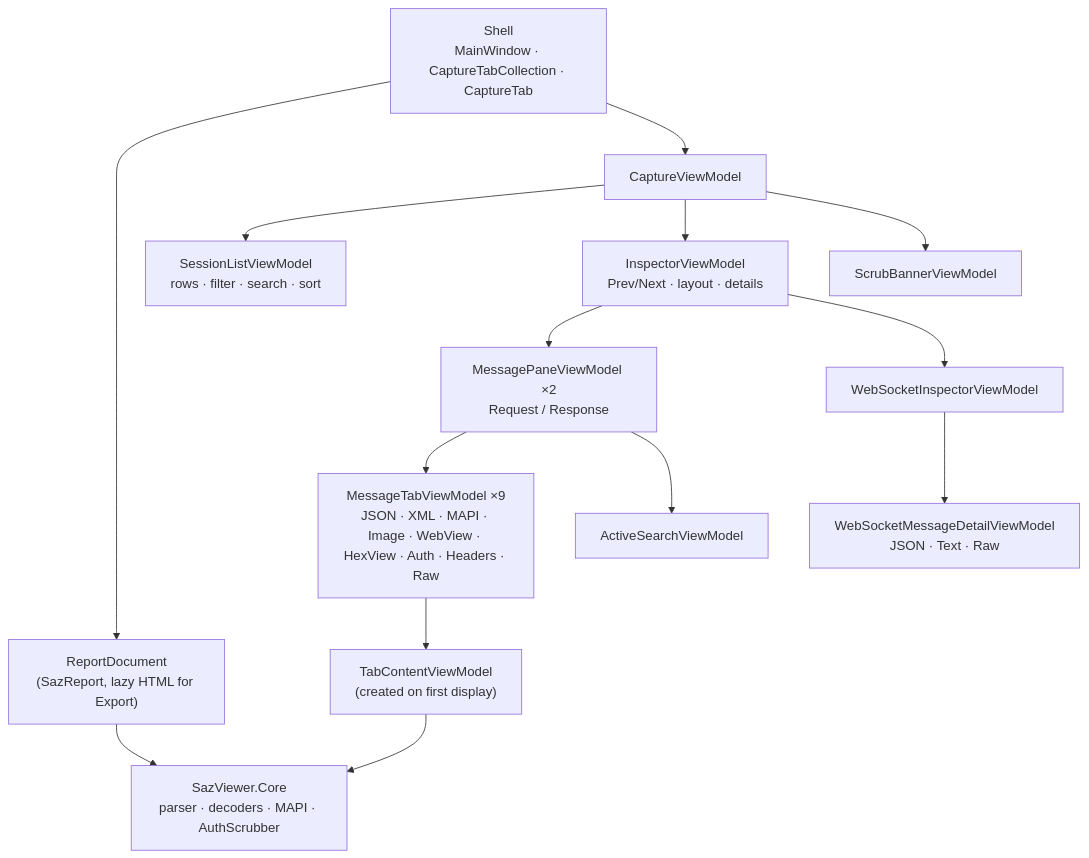
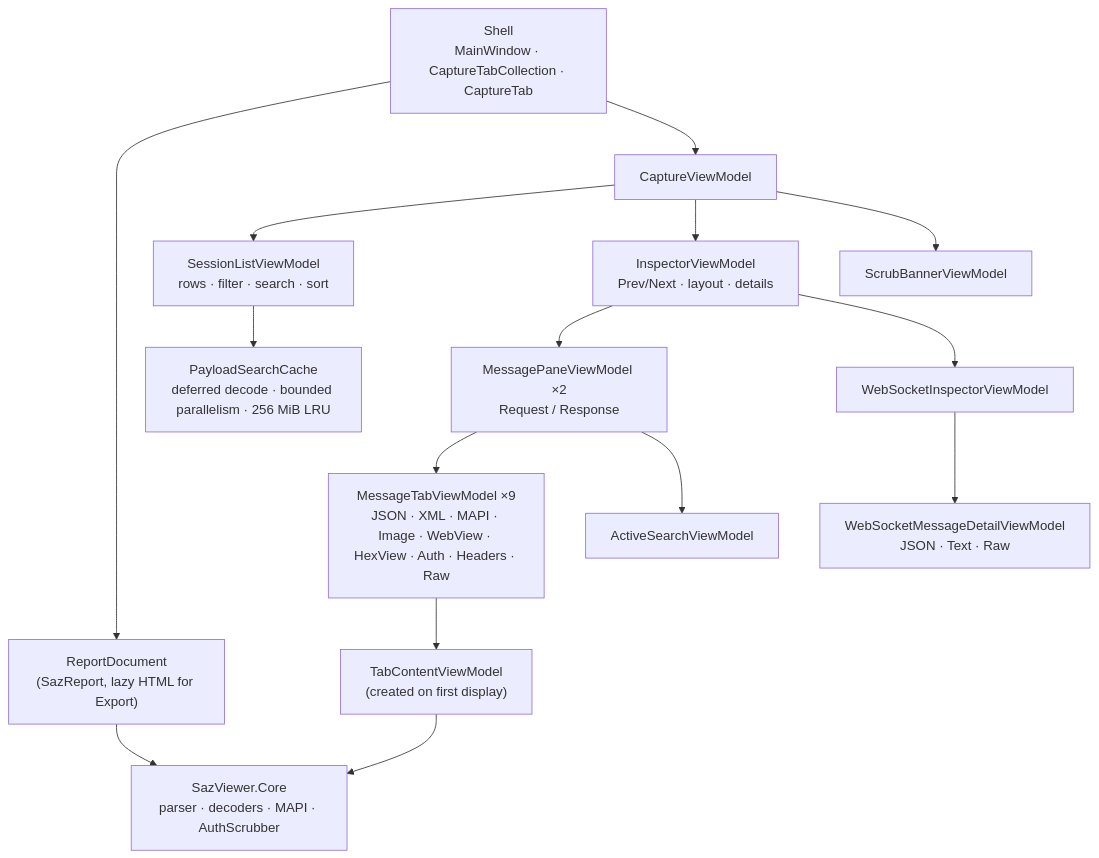
Before and after one commit to macienMSFT/Saz-Viewer: the first of 2 diagrams in docs/architecture/desktop-app.md, drawn with Mermaid. The commit also changed other lines of this file and 14 other files, not shown here.

First line of the commit message:
Add desktop payload search

````diff
--- a/docs/architecture/desktop-app.md
+++ b/docs/architecture/desktop-app.md
@@ -7,16 +7,17 @@
 ```mermaid
 flowchart TD
     SHELL["Shell<br/>MainWindow · CaptureTabCollection · CaptureTab"] --> DOC["ReportDocument<br/>(SazReport, lazy HTML for Export)"]
     SHELL --> CVM["CaptureViewModel"]
     CVM --> GRID["SessionListViewModel<br/>rows · filter · search · sort"]
+    GRID --> PAYLOAD["PayloadSearchCache<br/>deferred decode · bounded parallelism · 256 MiB LRU"]
     CVM --> INS["InspectorViewModel<br/>Prev/Next · layout · details"]
     CVM --> BANNER["ScrubBannerViewModel"]
     INS --> PANE["MessagePaneViewModel ×2<br/>Request / Response"]
     INS --> WSI["WebSocketInspectorViewModel"]
     PANE --> TAB["MessageTabViewModel ×9<br/>JSON · XML · MAPI · Image · WebView · HexView · Auth · Headers · Raw"]
     PANE --> SEARCH["ActiveSearchViewModel"]
     TAB --> CONTENT["TabContentViewModel<br/>(created on first display)"]
     WSI --> WSD["WebSocketMessageDetailViewModel<br/>JSON · Text · Raw"]
     DOC --> CORE["SazViewer.Core<br/>parser · decoders · MAPI · AuthScrubber"]
     CONTENT --> CORE
 ```
````
